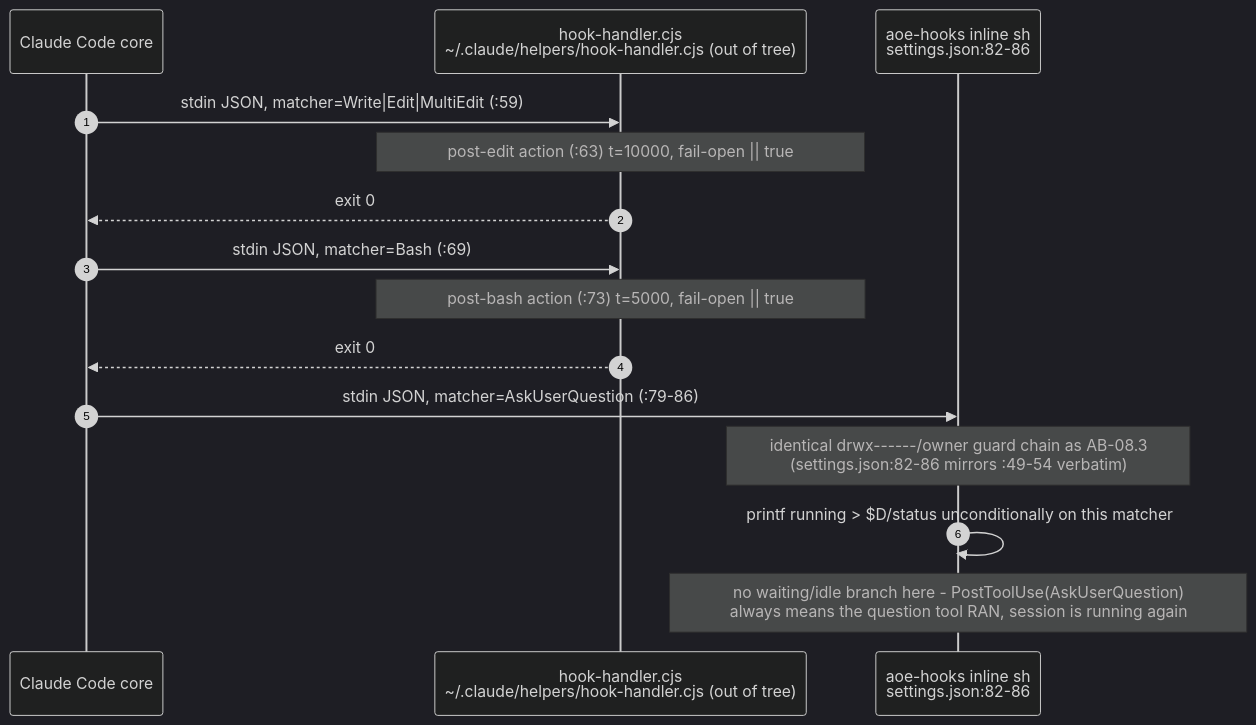
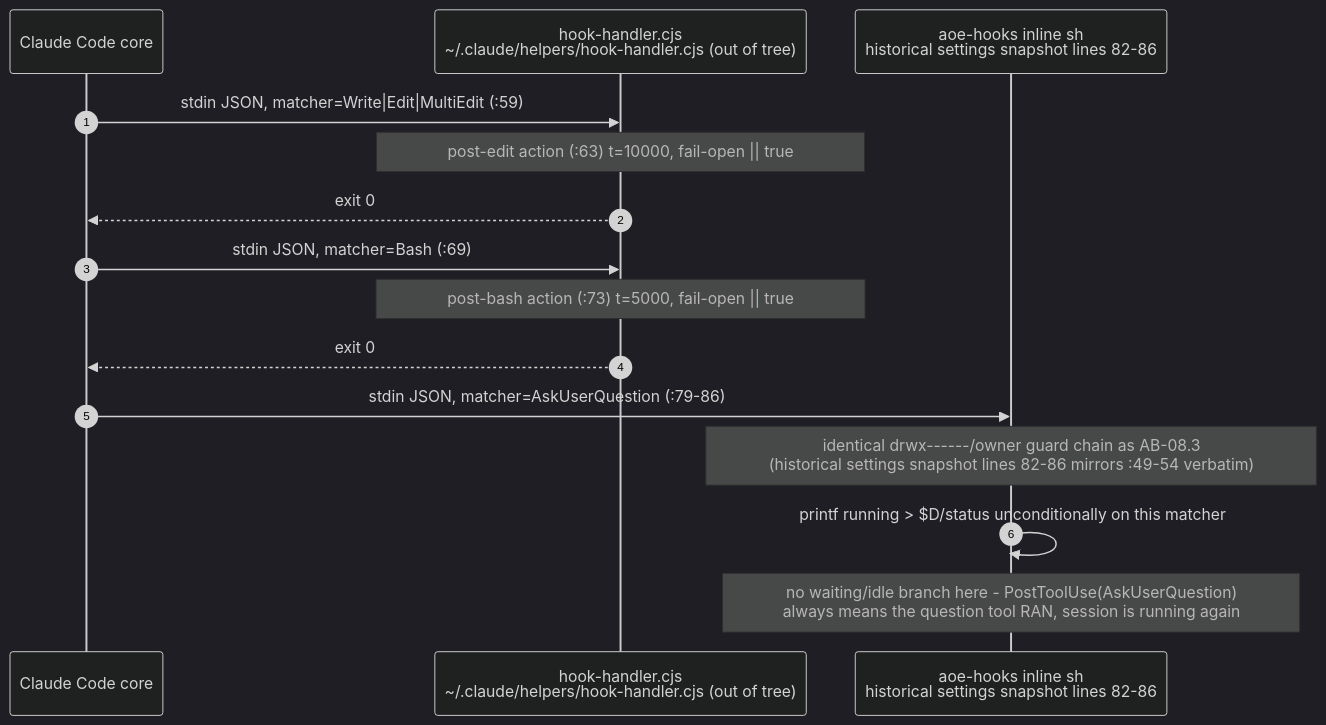
The fourth of 14 diagrams in docs/diagrams/agentbox/08-hooks-pipeline.md (DreamLab-AI/VisionFlow), drawn with Mermaid (dark theme) before and after one commit. The commit also changed other lines of this file and 185 other files, not shown here.

Commit message:
docs(estate): reconcile diagrams and ADRs with source and define closeout sprint

````diff
--- a/docs/diagrams/agentbox/08-hooks-pipeline.md
+++ b/docs/diagrams/agentbox/08-hooks-pipeline.md
@@ -169,20 +172,20 @@
 ```mermaid
 sequenceDiagram
     autonumber
     participant CC as Claude Code core
     participant HH as hook-handler.cjs<br/>~/.claude/helpers/hook-handler.cjs (out of tree)
-    participant AOE as aoe-hooks inline sh<br/>settings.json:82-86
+    participant AOE as aoe-hooks inline sh<br/>historical settings snapshot lines 82-86
 
     CC->>HH: stdin JSON, matcher=Write#124;Edit#124;MultiEdit (:59)
     Note over HH: post-edit action (:63) t=10000, fail-open #124;#124; true
     HH-->>CC: exit 0
 
     CC->>HH: stdin JSON, matcher=Bash (:69)
     Note over HH: post-bash action (:73) t=5000, fail-open #124;#124; true
     HH-->>CC: exit 0
 
     CC->>AOE: stdin JSON, matcher=AskUserQuestion (:79-86)
-    Note over AOE: identical drwx------/owner guard chain as AB-08.3<br/>#40;settings.json:82-86 mirrors :49-54 verbatim#41;
+    Note over AOE: identical drwx------/owner guard chain as AB-08.3<br/>#40;historical settings snapshot lines 82-86 mirrors :49-54 verbatim#41;
     AOE->>AOE: printf running > $D/status unconditionally on this matcher
     Note over AOE: no waiting/idle branch here - PostToolUse#40;AskUserQuestion#41;<br/>always means the question tool RAN, session is running again
 ```
````
